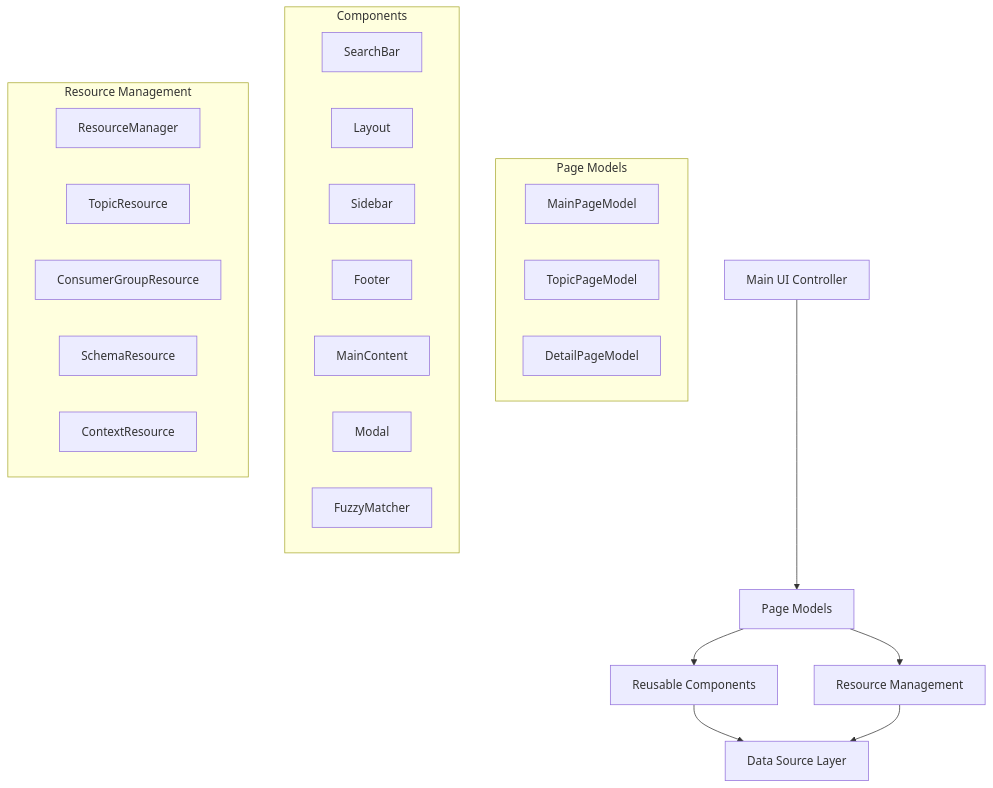
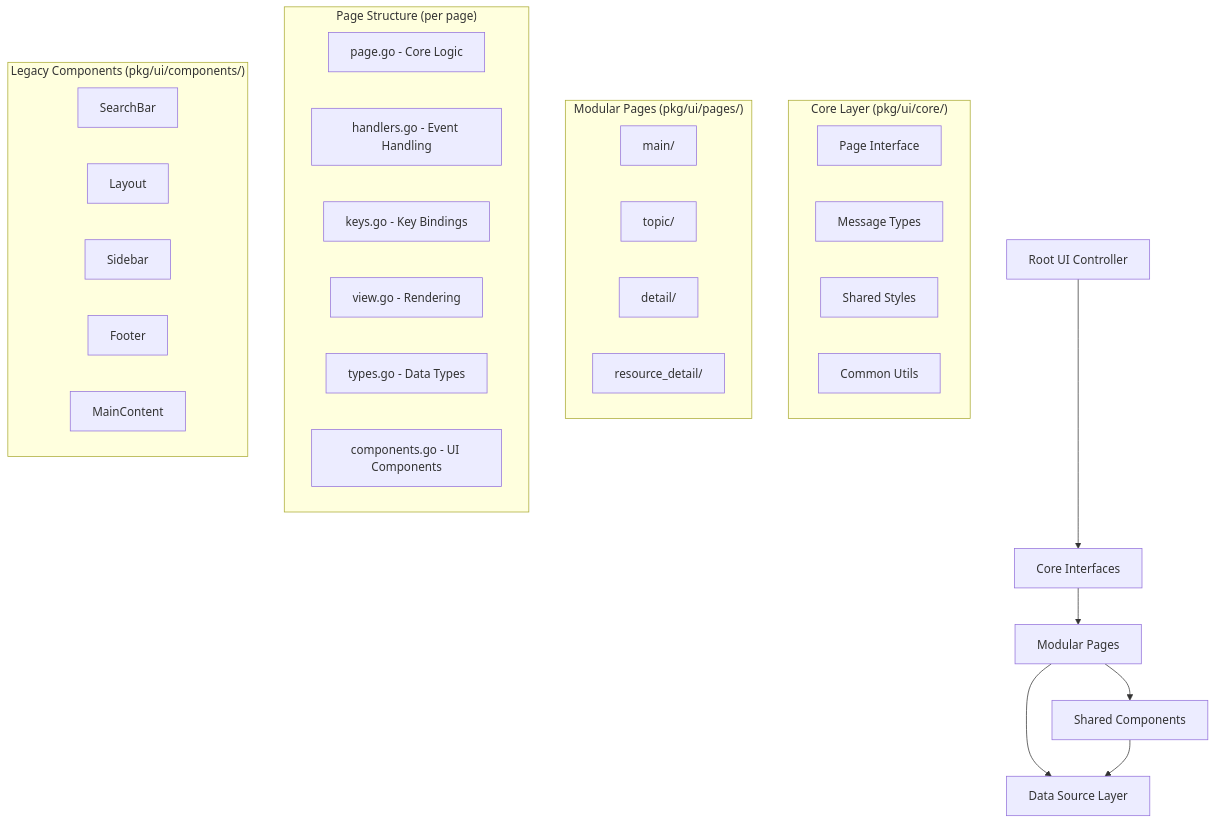
Before and after one commit to Benny93/kafui: the first of 4 diagrams in pkg/ui/UI_ARCHITECTURE.md, drawn with Mermaid. The commit also changed other lines of this file and 57 other files, not shown here.

````diff
--- a/pkg/ui/UI_ARCHITECTURE.md
+++ b/pkg/ui/UI_ARCHITECTURE.md
@@ -17,32 +18,39 @@
 ```mermaid
 graph TB
-    A[Main UI Controller] --> B[Page Models]
-    B --> C[Reusable Components]
-    B --> D[Resource Management]
+    A[Root UI Controller] --> B[Core Interfaces]
+    B --> C[Modular Pages]
+    C --> D[Shared Components]
     C --> E[Data Source Layer]
     D --> E
     
-    subgraph "Page Models"
-        B1[MainPageModel]
-        B2[TopicPageModel] 
-        B3[DetailPageModel]
+    subgraph "Core Layer (pkg/ui/core/)"
+        B1[Page Interface]
+        B2[Message Types]
+        B3[Shared Styles]
+        B4[Common Utils]
     end
     
-    subgraph "Components"
-        C1[SearchBar]
-        C2[Layout]
-        C3[Sidebar]
-        C4[Footer]
-        C5[MainContent]
-        C6[Modal]
-        C7[FuzzyMatcher]
+    subgraph "Modular Pages (pkg/ui/pages/)"
+        C1[main/]
+        C2[topic/]
+        C3[detail/]
+        C4[resource_detail/]
     end
     
-    subgraph "Resource Management"
-        D1[ResourceManager]
-        D2[TopicResource]
-        D3[ConsumerGroupResource]
-        D4[SchemaResource]
-        D5[ContextResource]
+    subgraph "Page Structure (per page)"
+        PS1[page.go - Core Logic]
+        PS2[handlers.go - Event Handling]
+        PS3[keys.go - Key Bindings]
+        PS4[view.go - Rendering]
+        PS5[types.go - Data Types]
+        PS6[components.go - UI Components]
+    end
+    
+    subgraph "Legacy Components (pkg/ui/components/)"
+        D1[SearchBar]
+        D2[Layout]
+        D3[Sidebar]
+        D4[Footer]
+        D5[MainContent]
     end
 ```
````
